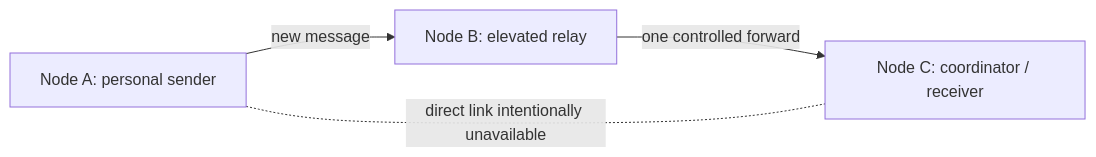
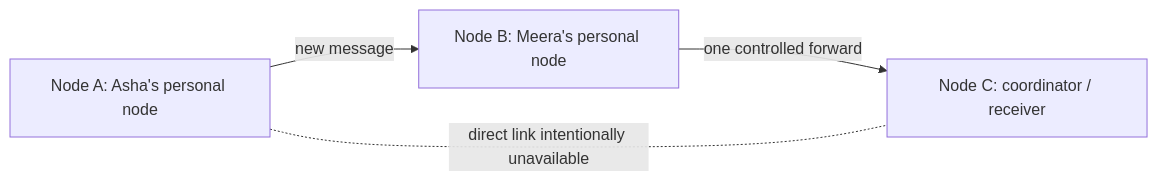
One commit to The-Usual-Idiots/LoRaResQ changed the third of 6 diagrams in PLAN.md. Above: the diagram before and after it, drawn with Mermaid. The commit also changed other lines of this file and 1 other file, not shown here.

Commit message:
Add initial VSCode settings and update project plan for clarity on node roles

````diff
--- a/PLAN.md
+++ b/PLAN.md
@@ -286,6 +286,6 @@
 ```mermaid
 flowchart LR
-    A[Node A: personal sender] -->|new message| B[Node B: elevated relay]
+    A[Node A: Asha's personal node] -->|new message| B[Node B: Meera's personal node]
     B -->|one controlled forward| C[Node C: coordinator / receiver]
     A -. direct link intentionally unavailable .- C
 ```
````
